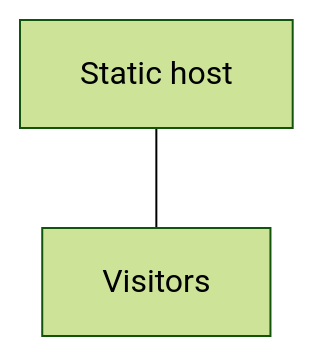
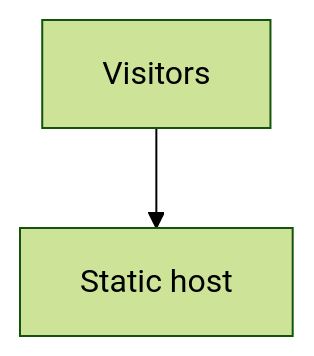
One commit to druxt/druxt.js changed the first of 3 diagrams in docs/nuxt/content/explanation/deployment-models.md. Above: the diagram before and after it, drawn with Mermaid (forest theme). The commit also changed other lines of this file and 3 other files, not shown here.

Commit message:
docs: apply the diagram design round to the mermaid sources

````diff
--- a/docs/nuxt/content/explanation/deployment-models.md
+++ b/docs/nuxt/content/explanation/deployment-models.md
@@ -39,5 +28,5 @@
 ```mermaid
-%% Fully static: visitors talk only to the static host
+%% Fully static
 flowchart TB
-  H1[Static host] --- V1[Visitors]
+  V1[Visitors] --> H1[Static host]
 ```
````
